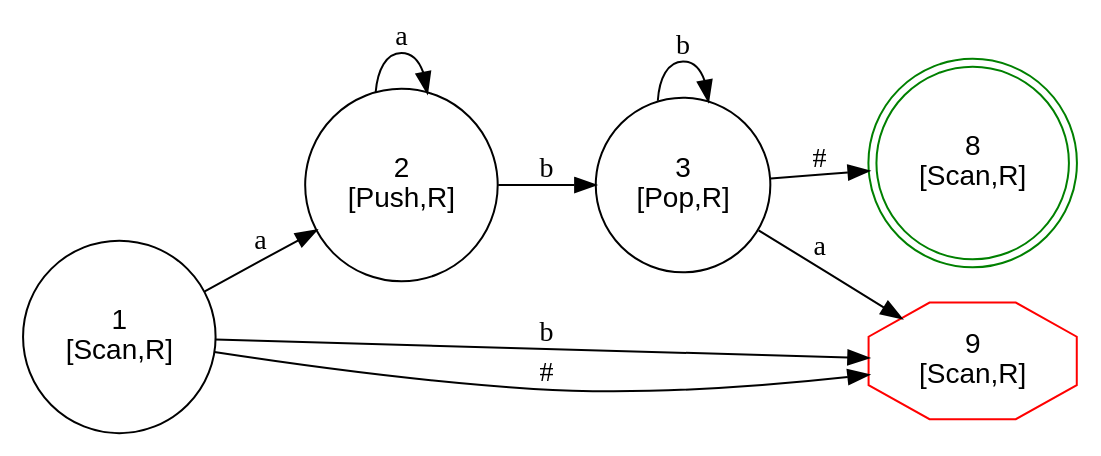
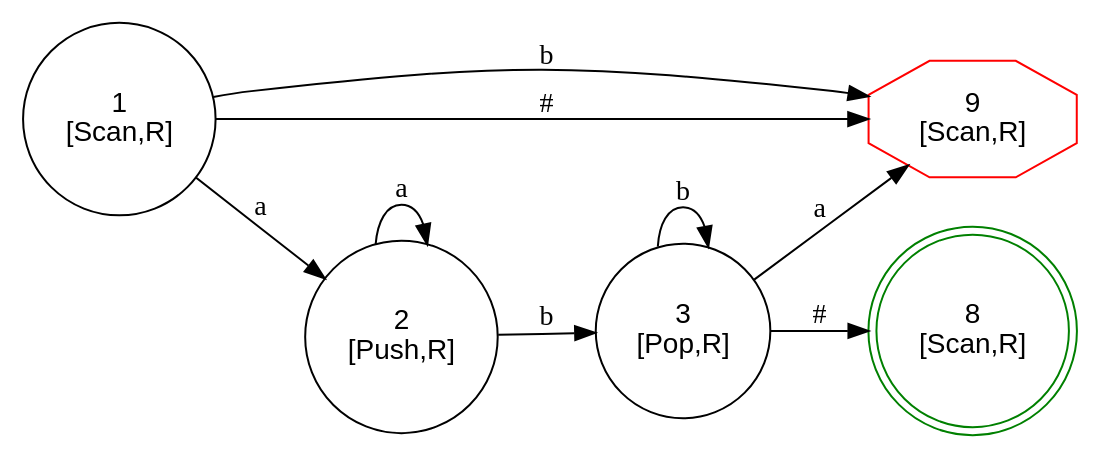
Before and after one commit to kokobabe99/turing_point: the diagram in dots/pda.dot, drawn with Graphviz. The commit also changed other lines of this file and 5 other files, not shown here.

```diff
--- a/dots/pda.dot
+++ b/dots/pda.dot
@@ -1,16 +1,16 @@
 digraph FSM {
   rankdir=LR; node [shape=circle, fontname="Arial"];
   1 [label="1\n[Scan,R]", shape=circle];
-  1 -> 2 [label="a"];
   1 -> 9 [label="b"];
   1 -> 9 [label="#"];
+  1 -> 2 [label="a"];
   2 [label="2\n[Push,R]", shape=circle];
   2 -> 2 [label="a"];
   2 -> 3 [label="b"];
   3 [label="3\n[Pop,R]", shape=circle];
-  3 -> 9 [label="a"];
   3 -> 3 [label="b"];
   3 -> 8 [label="#"];
+  3 -> 9 [label="a"];
   8 [label="8\n[Scan,R]", shape=doublecircle, color="green"];
   9 [label="9\n[Scan,R]", shape=octagon, color="red"];
 }
```
